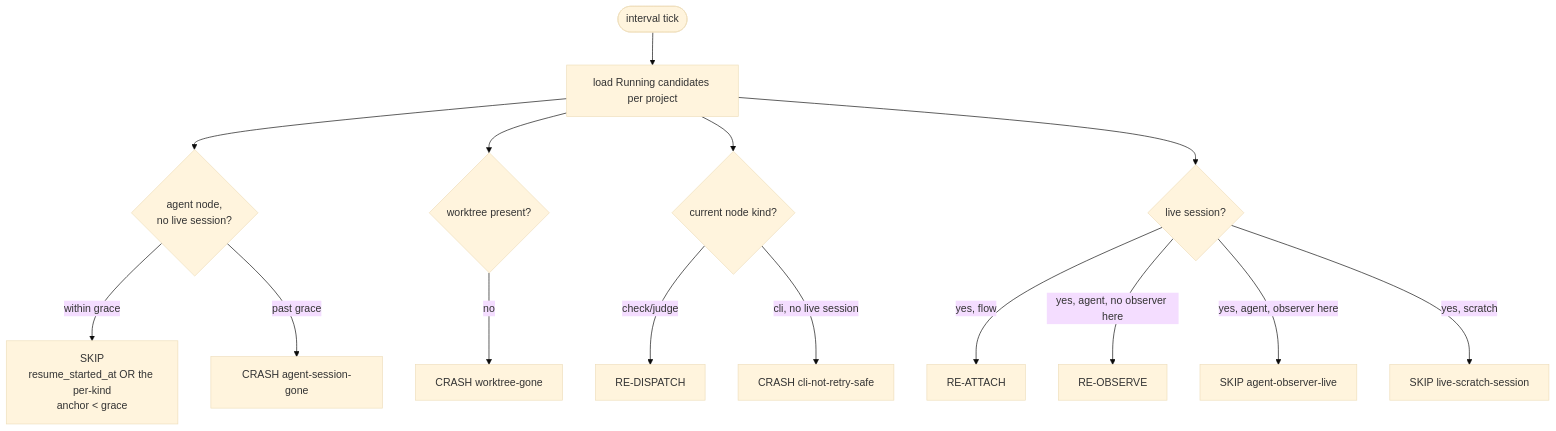
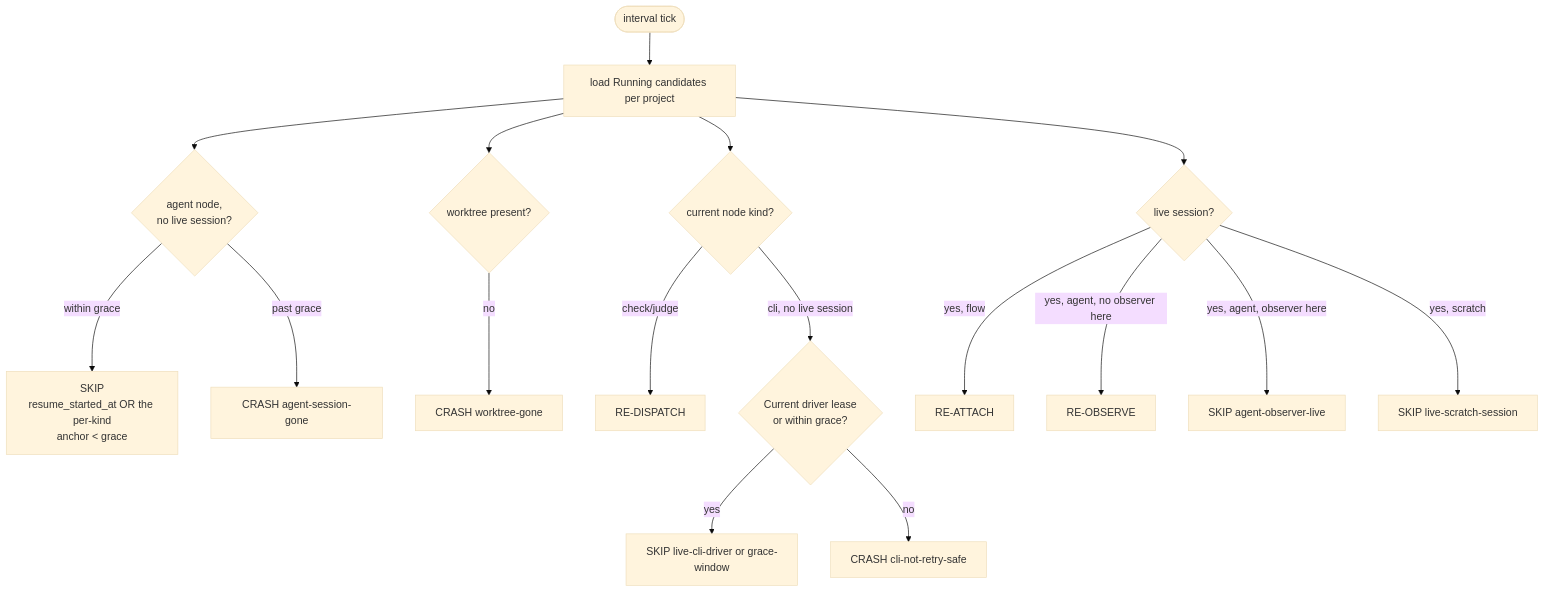
Before and after one commit to maister-dev/maister: the third of 6 diagrams in docs/system-analytics/reconciliation-gc.md, drawn with Mermaid (base theme). The commit also changed other lines of this file and 20 other files, not shown here.

Commit message:
fix(reconcile): preserve live CLI graph drivers

````diff
--- a/docs/system-analytics/reconciliation-gc.md
+++ b/docs/system-analytics/reconciliation-gc.md
@@ -251,17 +252,19 @@
 ```mermaid
 flowchart TD
     Tick([interval tick]) --> Candidates[load Running candidates per project]
     Candidates --> Grace{agent node,<br/>no live session?}
     Grace -- within grace --> SkipG[SKIP<br/>resume_started_at OR the per-kind<br/>anchor < grace]
     Grace -- past grace --> CrashG[CRASH agent-session-gone]
     Candidates --> Worktree{worktree present?}
     Worktree -- no --> CrashW[CRASH worktree-gone]
     Candidates --> Node{current node kind?}
     Node -- check/judge --> Redis[RE-DISPATCH]
-    Node -- cli, no live session --> CrashC[CRASH cli-not-retry-safe]
+    Node -- cli, no live session --> CliLease{Current driver lease<br/>or within grace?}
+    CliLease -- yes --> SkipC[SKIP live-cli-driver or grace-window]
+    CliLease -- no --> CrashC[CRASH cli-not-retry-safe]
     Candidates --> Sess{live session?}
     Sess -- yes, flow --> Reatt[RE-ATTACH]
     Sess -- yes, agent, no observer here --> Reobs[RE-OBSERVE]
     Sess -- yes, agent, observer here --> SkipO[SKIP agent-observer-live]
     Sess -- yes, scratch --> SkipS[SKIP live-scratch-session]
 ```
````
